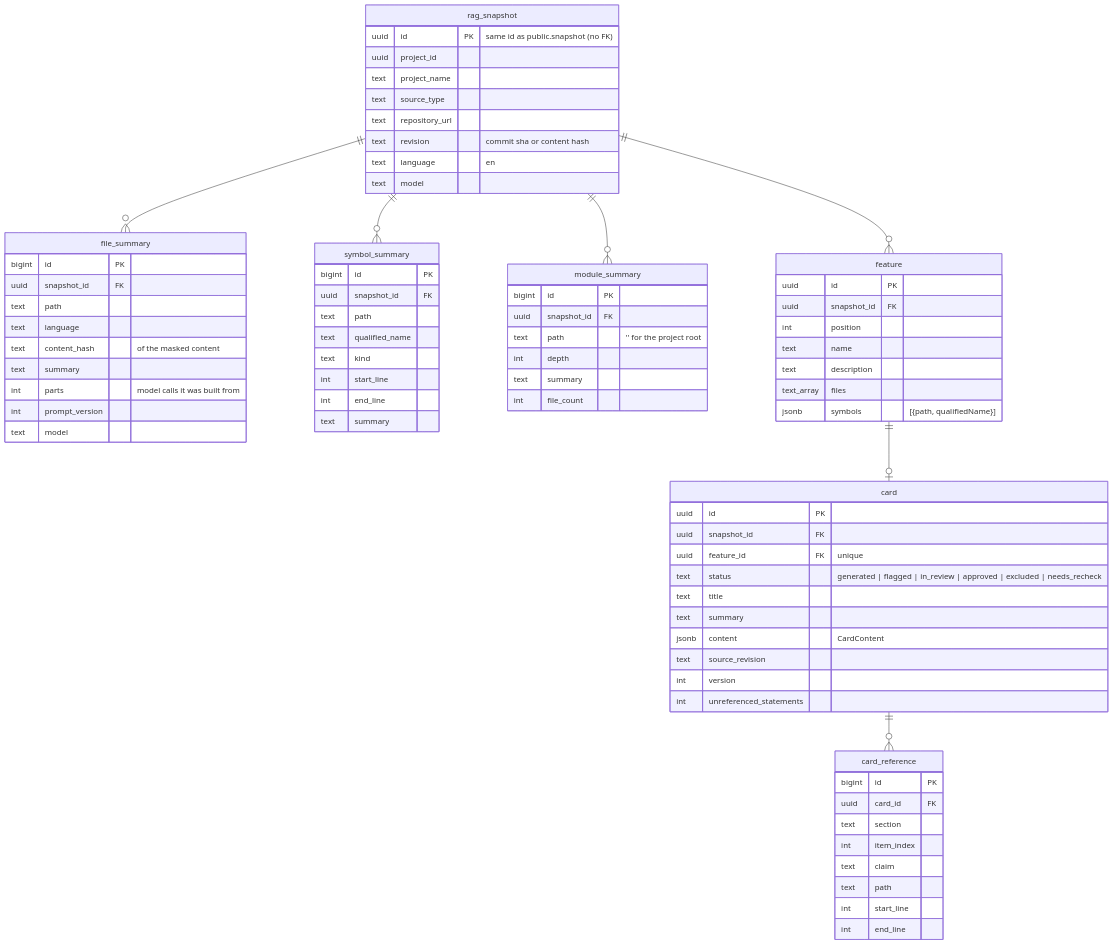
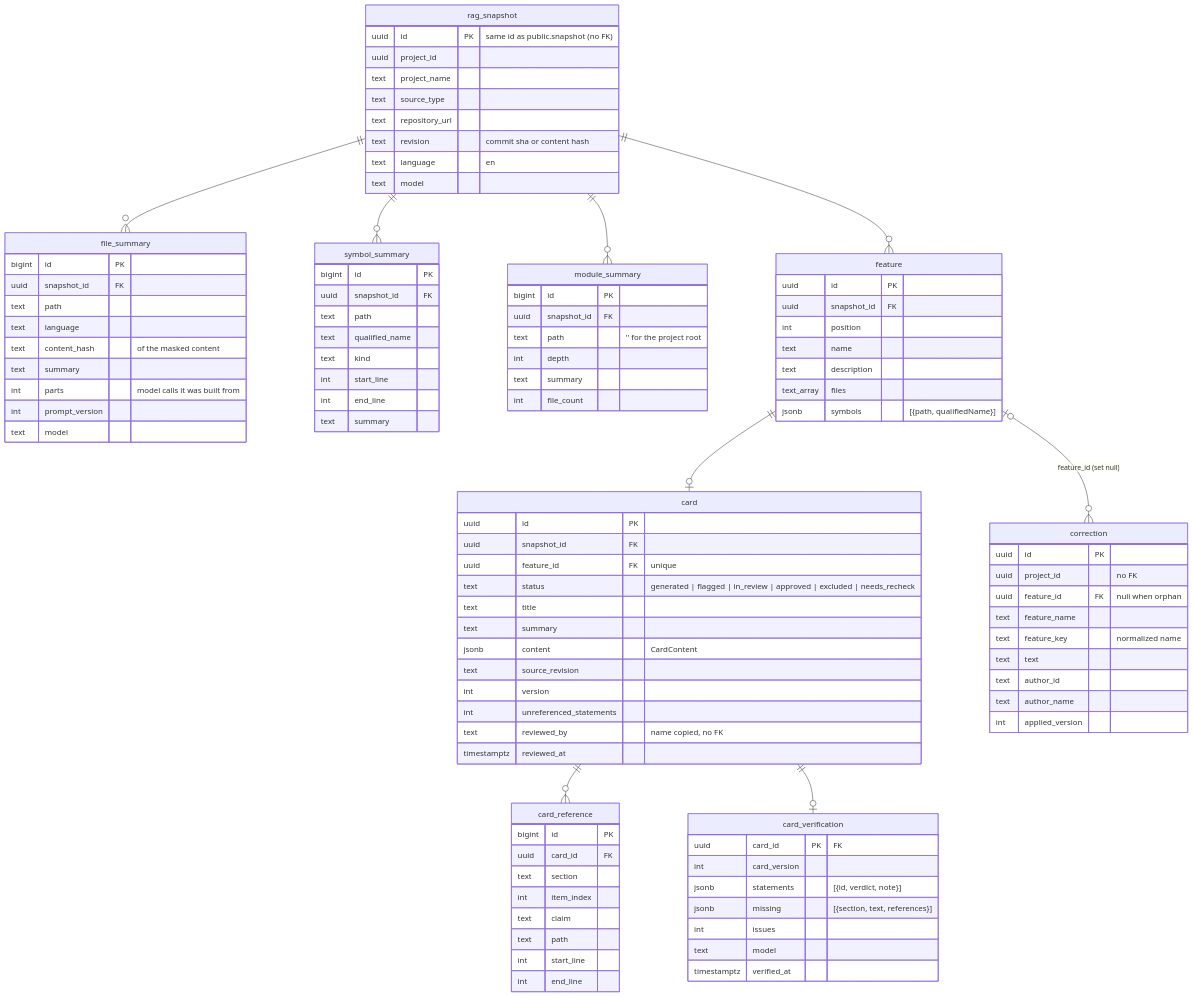
The second of 2 diagrams in docs/data-model.md (CalogeroPisano/rag-generator-app), drawn with Mermaid before and after one commit. The commit also changed other lines of this file and 47 other files, not shown here.

First line of the commit message:
feat: phase 4 card verification, review and project deletion

```diff
--- a/docs/data-model.md
+++ b/docs/data-model.md
@@ -175,6 +175,8 @@
   rag_snapshot ||--o{ feature : ""
   feature ||--o| card : ""
   card ||--o{ card_reference : ""
+  card ||--o| card_verification : ""
+  feature |o--o{ correction : "feature_id (set null)"
 
   rag_snapshot {
     uuid id PK "same id as public.snapshot (no FK)"
@@ -235,6 +237,28 @@
     text source_revision
     int version
     int unreferenced_statements
+    text reviewed_by "name copied, no FK"
+    timestamptz reviewed_at
+  }
+  card_verification {
+    uuid card_id PK "FK"
+    int card_version
+    jsonb statements "[{id, verdict, note}]"
+    jsonb missing "[{section, text, references}]"
+    int issues
+    text model
+    timestamptz verified_at
+  }
+  correction {
+    uuid id PK
+    uuid project_id "no FK"
+    uuid feature_id FK "null when orphan"
+    text feature_name
+    text feature_key "normalized name"
+    text text
+    text author_id
+    text author_name
+    int applied_version
   }
   card_reference {
     bigint id PK
```
